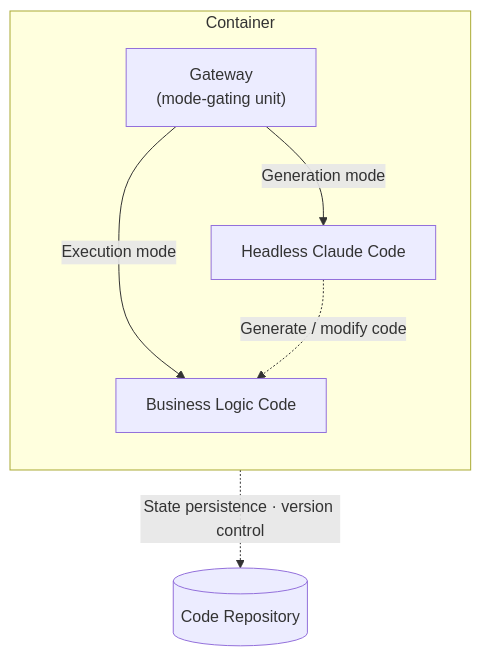
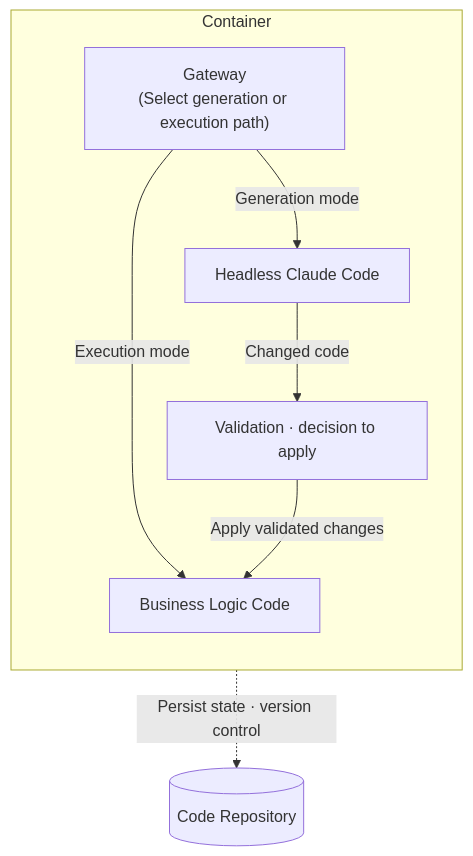
One commit to haandol/haandol.github.com changed the diagram in _en/2026-04-17-future-agentic-app-engine.md. Above: the diagram before and after it, drawn with Mermaid. The commit also changed other lines of this file and 18 other files, not shown here.

````diff
--- a/_en/2026-04-17-future-agentic-app-engine.md
+++ b/_en/2026-04-17-future-agentic-app-engine.md
@@ -66,14 +60,15 @@
 ```mermaid
 flowchart TB
     subgraph C["Container"]
         direction TB
-        G["Gateway<br/>(mode-gating unit)"]
+        G["Gateway<br/>(Select generation or execution path)"]
         H["Headless Claude Code"]
         B["Business Logic Code"]
         G -- "Generation mode" --> H
         G -- "Execution mode" --> B
-        H -. "Generate / modify code" .-> B
+        H -- "Changed code" --> V["Validation · decision to apply"]
+        V -- "Apply validated changes" --> B
     end
     R[("Code Repository")]
-    H -. "State persistence · version control" .-> R
+    H -. "Persist state · version control" .-> R
 ```
````
